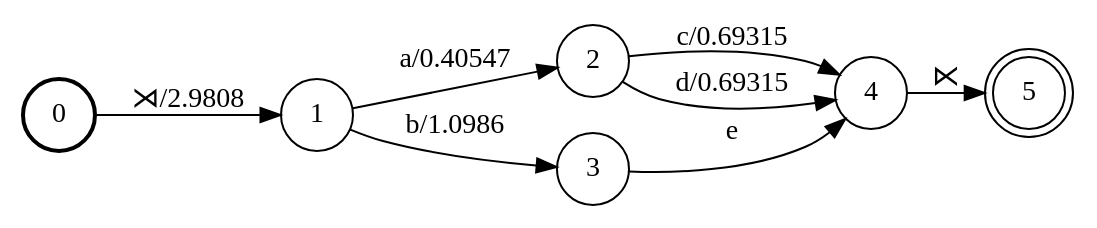
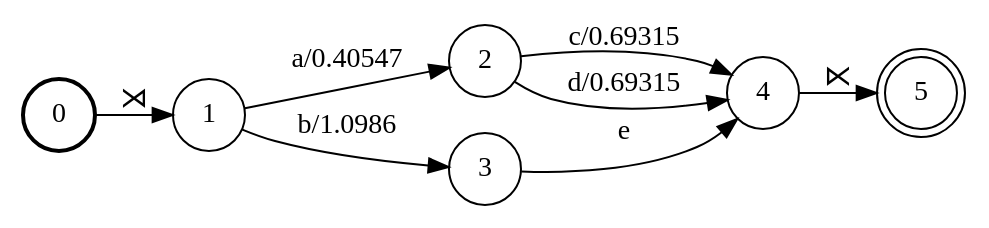
The diagram in demo/M_push.dot (colincwilson/wynini), drawn with Graphviz before and after one commit. The commit also changed 3 other files, not shown here.

```diff
--- a/demo/M_push.dot
+++ b/demo/M_push.dot
@@ -1,21 +1,21 @@
 digraph FST {
 rankdir = LR;
 size = "8.5,11";
 center = 1;
 orientation = Portrait;
 ranksep = "0.4";
 nodesep = "0.25";
 0 [label = "0", shape = circle, style = bold, fontsize = 14]
-	0 -> 1 [label = "⋊/2.9808", fontsize = 14];
+	0 -> 1 [label = "⋊", fontsize = 14];
 1 [label = "1", shape = circle, style = solid, fontsize = 14]
 	1 -> 2 [label = "a/0.40547", fontsize = 14];
 	1 -> 3 [label = "b/1.0986", fontsize = 14];
 2 [label = "2", shape = circle, style = solid, fontsize = 14]
 	2 -> 4 [label = "c/0.69315", fontsize = 14];
 	2 -> 4 [label = "d/0.69315", fontsize = 14];
 3 [label = "3", shape = circle, style = solid, fontsize = 14]
 	3 -> 4 [label = "e", fontsize = 14];
 4 [label = "4", shape = circle, style = solid, fontsize = 14]
 	4 -> 5 [label = "⋉", fontsize = 14];
 5 [label = "5", shape = doublecircle, style = solid, fontsize = 14]
 }
```
